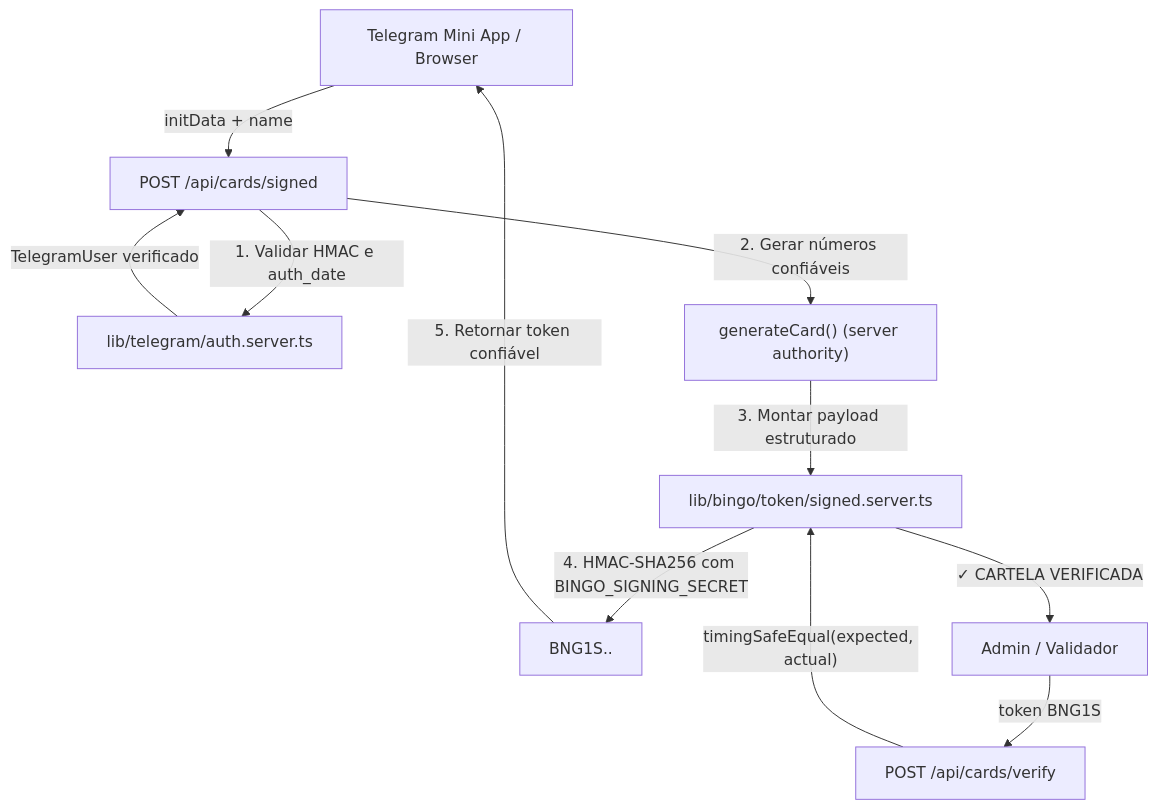
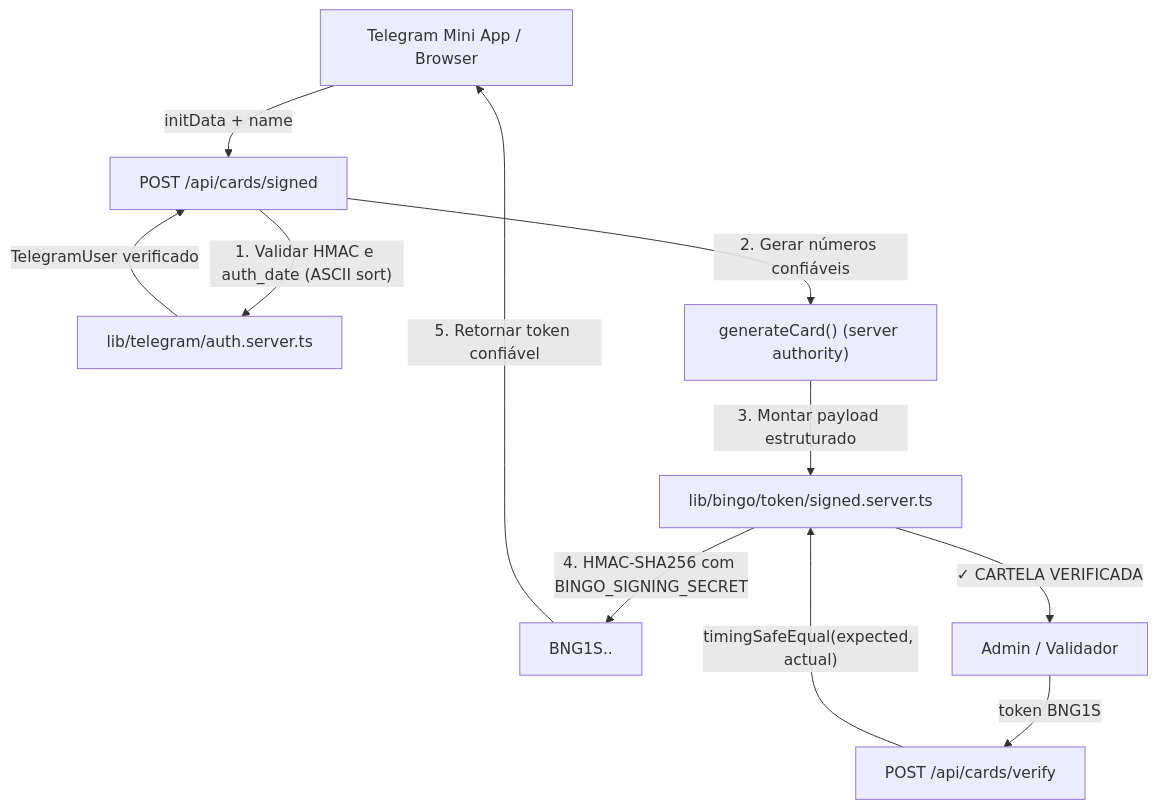
Before and after one commit to gr1ksdev/Bingo: the second of 2 diagrams in docs/ARCHITECTURE.md, drawn with Mermaid. The commit also changed other lines of this file and 18 other files, not shown here.

````diff
--- a/docs/ARCHITECTURE.md
+++ b/docs/ARCHITECTURE.md
@@ -71,14 +72,14 @@
 ```mermaid
 flowchart TD
   UserApp["Telegram Mini App / Browser"] -->|"initData + name"| ServerRoute["POST /api/cards/signed"]
-  ServerRoute -->|"1. Validar HMAC e auth_date"| TgAuth["lib/telegram/auth.server.ts"]
+  ServerRoute -->|"1. Validar HMAC e auth_date (ASCII sort)"| TgAuth["lib/telegram/auth.server.ts"]
   TgAuth -->|"TelegramUser verificado"| ServerRoute
   ServerRoute -->|"2. Gerar números confiáveis"| GenCard["generateCard() (server authority)"]
   GenCard -->|"3. Montar payload estruturado"| Signer["lib/bingo/token/signed.server.ts"]
   Signer -->|"4. HMAC-SHA256 com BINGO_SIGNING_SECRET"| Token["BNG1S.<payload>.<sig>"]
   Token -->|"5. Retornar token confiável"| UserApp
   
   Validator["Admin / Validador"] -->|"token BNG1S"| VerifyRoute["POST /api/cards/verify"]
   VerifyRoute -->|"timingSafeEqual(expected, actual)"| Signer
   Signer -->|"✓ CARTELA VERIFICADA"| Validator
 ```
````
